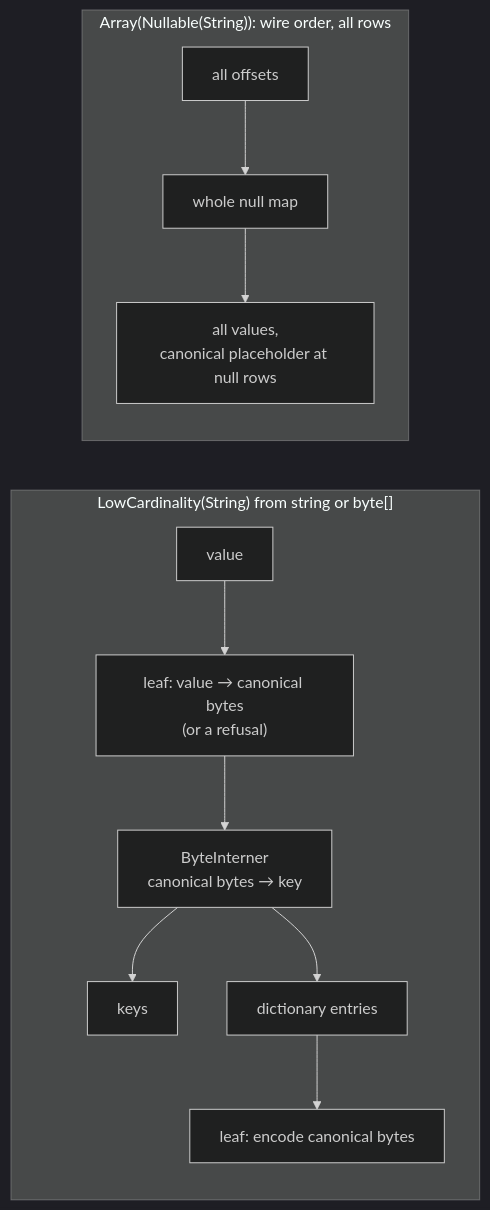
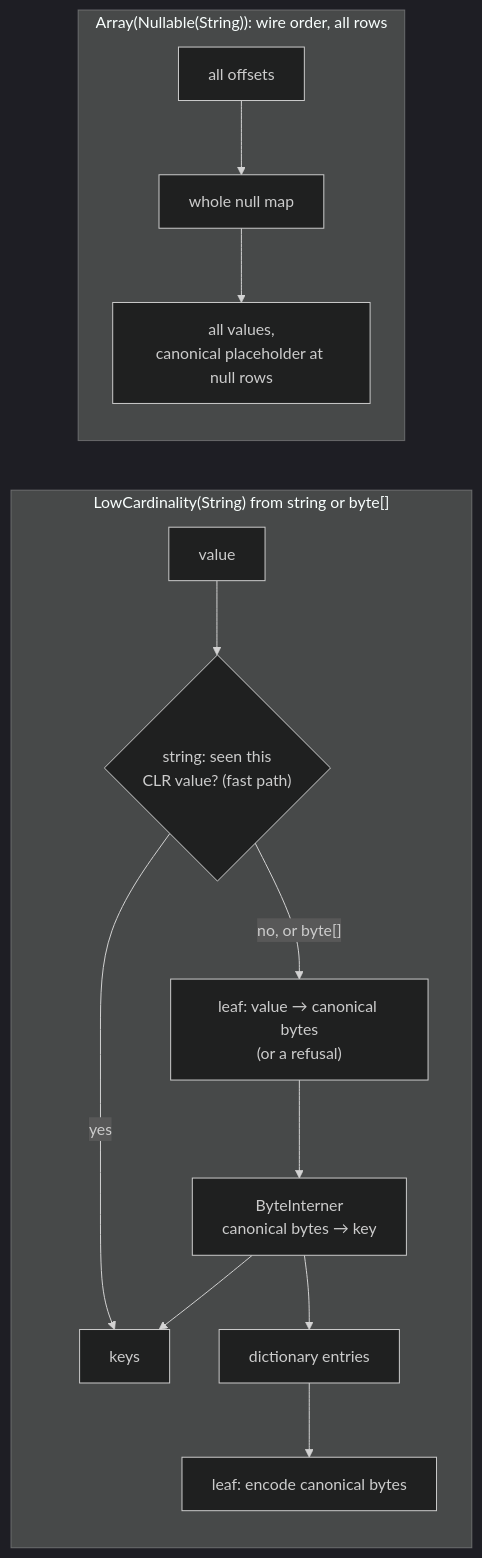
The sixth of 6 diagrams in spikes/WireConverterSpike/NOTES.md (ClickHouse/clickhouse-cs), drawn with Mermaid (dark theme) before and after one commit. The commit also changed other lines of this file and 2 other files, not shown here.

First line of the commit message:
Spike: string fast path for LowCardinality dictionary writes (#801)

````diff
--- a/spikes/WireConverterSpike/NOTES.md
+++ b/spikes/WireConverterSpike/NOTES.md
@@ -157,13 +157,15 @@
 ```mermaid
 flowchart LR
     subgraph lc["LowCardinality(String) from string or byte[]"]
-        V["value"] --> CA["leaf: value → canonical bytes<br/>(or a refusal)"]
+        V["value"] --> FP{"string: seen this<br/>CLR value? (fast path)"}
+        FP -->|yes| KS
+        FP -->|"no, or byte[]"| CA["leaf: value → canonical bytes<br/>(or a refusal)"]
         CA --> BI["ByteInterner<br/>canonical bytes → key"]
         BI --> KS["keys"]
         BI --> DE["dictionary entries"]
         DE --> EN["leaf: encode canonical bytes"]
     end
     subgraph an["Array(Nullable(String)): wire order, all rows"]
         O1["all offsets"] --> O2["whole null map"] --> O3["all values,<br/>canonical placeholder at null rows"]
     end
 ```
````
